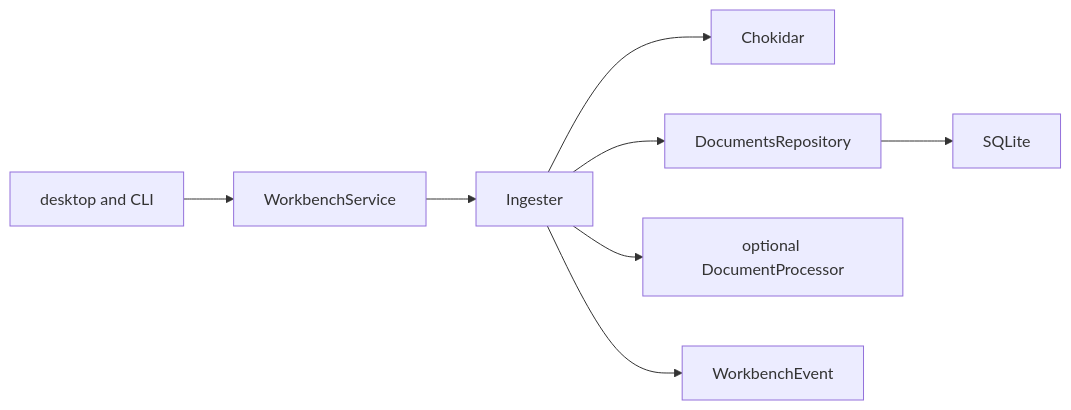
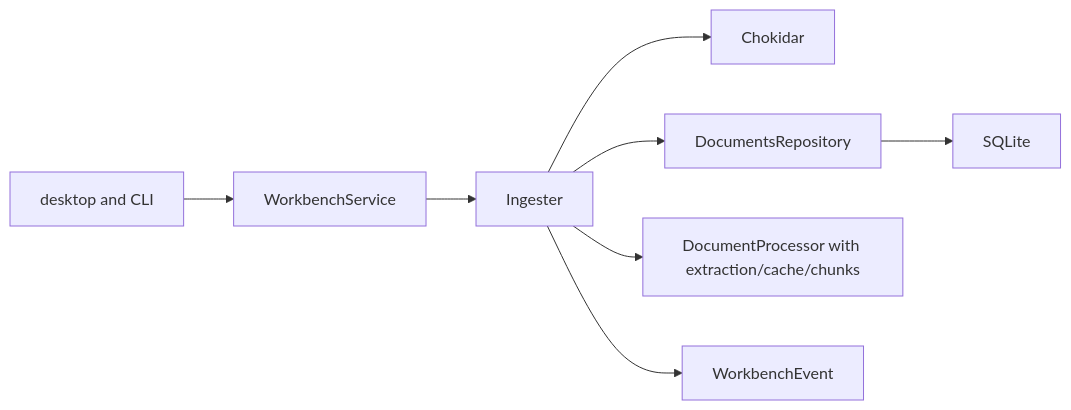
Before and after one commit to DDP-Engineering/2026_Virtual_Embedded_Rig_Assistant: the diagram in .agentic/knowledge/knowledge-ingest.md, drawn with Mermaid. The commit also changed other lines of this file and 52 other files, not shown here.

First line of the commit message:
feat(knowledge): implement WP-23 extraction and chunks (#23, TASK-69917186)

````diff
--- a/.agentic/knowledge/knowledge-ingest.md
+++ b/.agentic/knowledge/knowledge-ingest.md
@@ -75,10 +76,10 @@
 ```mermaid
 flowchart LR
   Hosts[desktop and CLI] --> WorkbenchService
   WorkbenchService --> Ingester
   Ingester --> Chokidar
   Ingester --> DocumentsRepository
-  Ingester --> Processor[optional DocumentProcessor]
+  Ingester --> Processor[DocumentProcessor with extraction/cache/chunks]
   Ingester --> WorkbenchEvent
   DocumentsRepository --> SQLite
 ```
````
